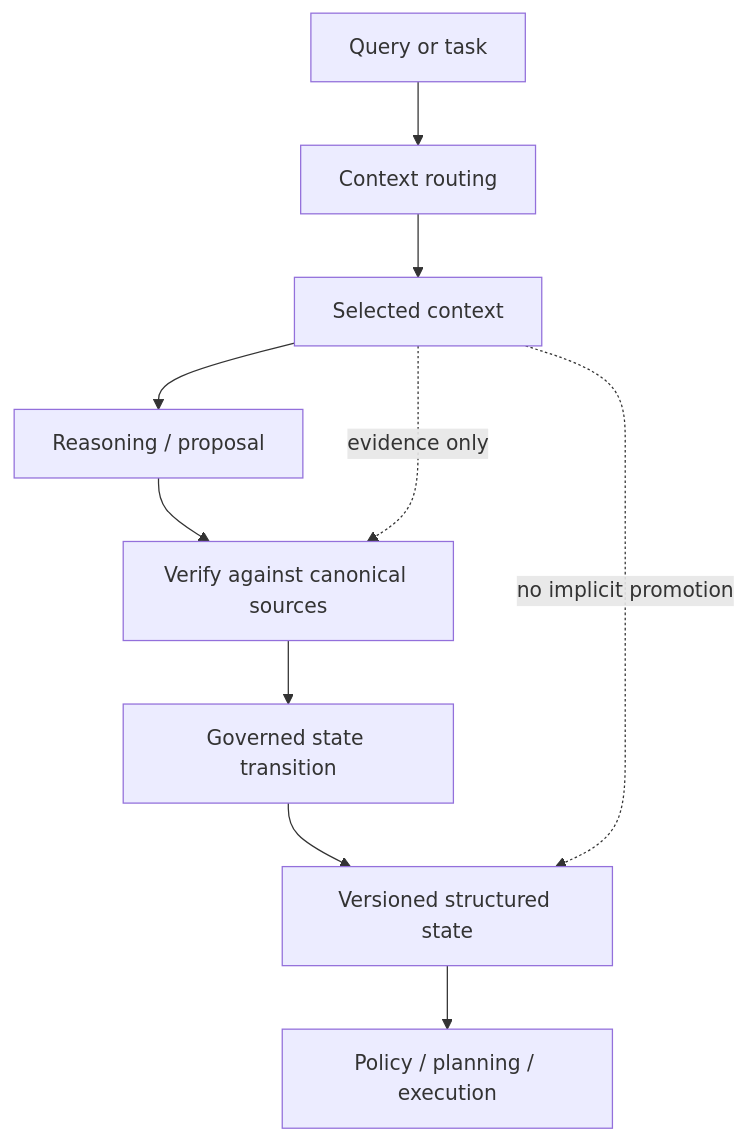
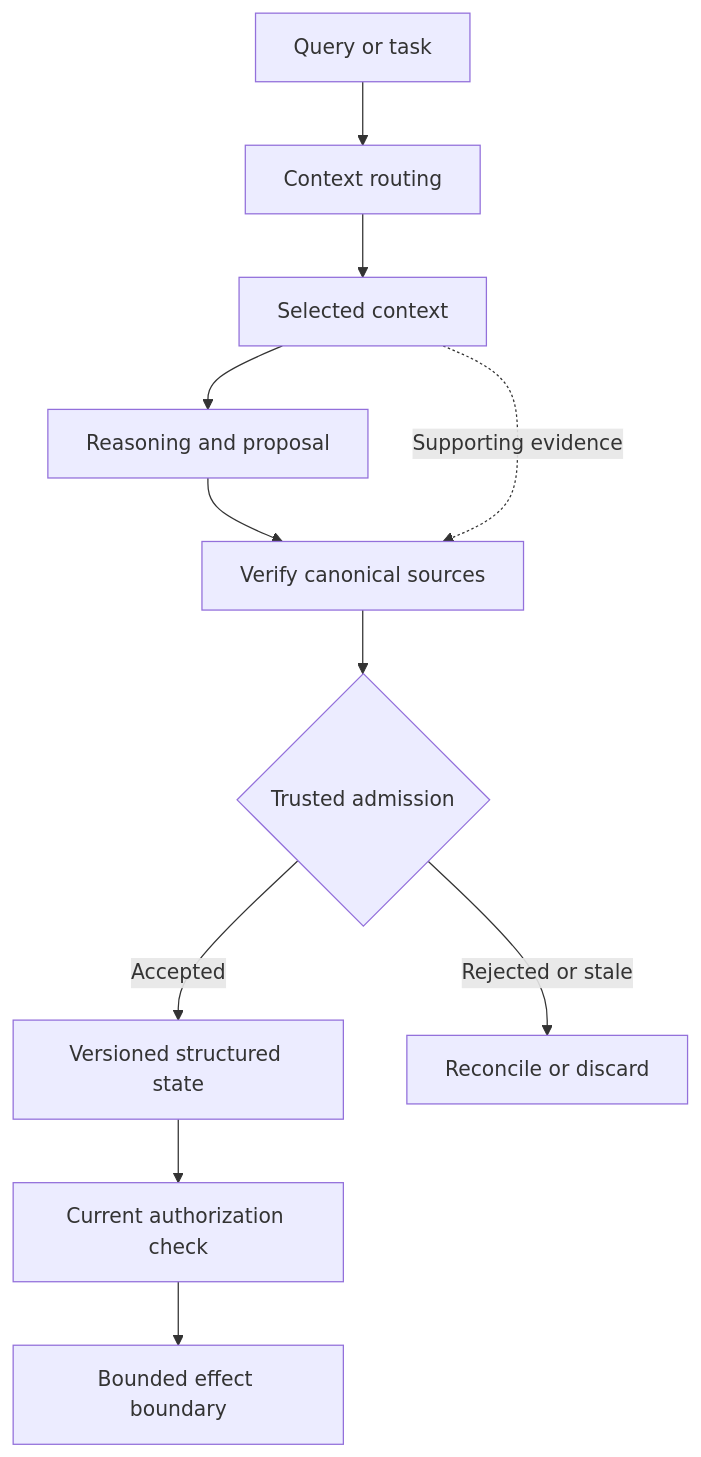
Before and after one commit to hackelia-micrantha/web: the diagram in content/blog/context-is-not-state.md, drawn with Mermaid. The commit also changed other lines of this file, not shown here.

Commit message:
docs: separate context selection from accepted state authority

````diff
--- a/content/blog/context-is-not-state.md
+++ b/content/blog/context-is-not-state.md
@@ -94,15 +94,15 @@
 ```mermaid
-%% title: Context and state are different control planes
-%% caption: Retrieved information may inform a governed state transition, but it does not become authoritative simply because it entered the model context.
+%% title: Retrieved context is evidence, not authority
+%% caption: Verification and trusted admission separate selected material from accepted state; consequential effects require independent authorization.
 flowchart TD
   A[Query or task] --> B[Context routing]
   B --> C[Selected context]
-  C --> D[Reasoning / proposal]
-  D --> E[Verify against canonical sources]
-  E --> F[Governed state transition]
-  F --> G[Versioned structured state]
-  G --> H[Policy / planning / execution]
-
-  C -. evidence only .-> E
-  C -. no implicit promotion .-> G
+  C --> D[Reasoning and proposal]
+  D --> E[Verify canonical sources]
+  E --> F{Trusted admission}
+  F -->|Accepted| G[Versioned structured state]
+  F -->|Rejected or stale| R[Reconcile or discard]
+  G --> H[Current authorization check]
+  H --> I[Bounded effect boundary]
+  C -. Supporting evidence .-> E
 ```
````
